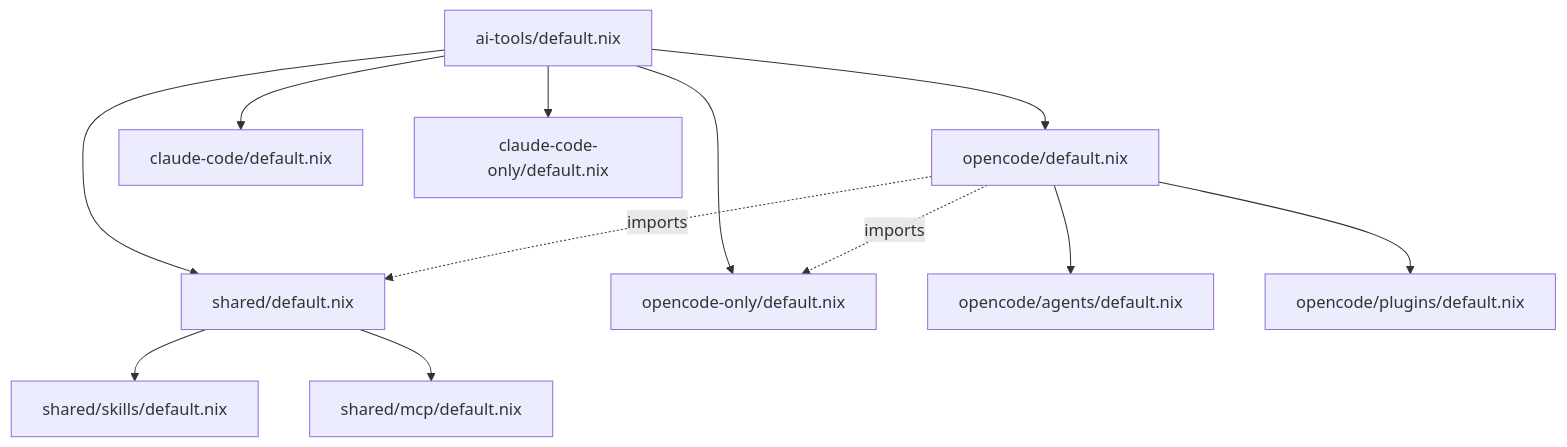
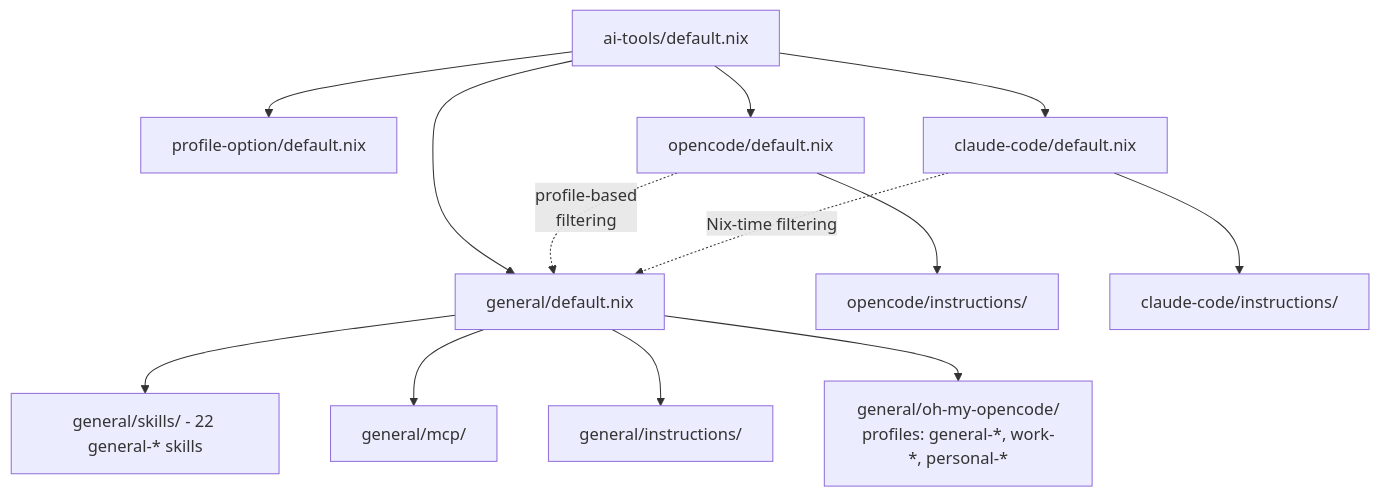
The diagram in modules/home-manager/features/ai-tools/README.md (zhongjis/nix-config), drawn with Mermaid before and after one commit. The commit also changed other lines of this file and 9 other files, not shown here.

First line of the commit message:
chore(ai-tools): remove stale opencode-only import and cleanup

````diff
--- a/modules/home-manager/features/ai-tools/README.md
+++ b/modules/home-manager/features/ai-tools/README.md
@@ -36,16 +44,18 @@
 ```mermaid
 graph TD
-    Root[ai-tools/default.nix] --> Shared[shared/default.nix]
+    Root[ai-tools/default.nix] --> ProfileOpt[profile-option/default.nix]
+    Root --> General[general/default.nix]
     Root --> Opencode[opencode/default.nix]
     Root --> ClaudeCode[claude-code/default.nix]
-    Root --> OpencodeOnly[opencode-only/default.nix]
-    Root --> ClaudeCodeOnly[claude-code-only/default.nix]
 
-    Shared --> Skills[shared/skills/default.nix]
-    Shared --> MCP[shared/mcp/default.nix]
+    General --> Skills[general/skills/ - 22 general-* skills]
+    General --> MCP[general/mcp/]
+    General --> Instructions[general/instructions/]
+    General --> OhMyOpencode["general/oh-my-opencode/<br/>profiles: general-*, work-*, personal-*"]
     
-    Opencode -.->|imports| OpencodeOnly
-    Opencode -.->|imports| Shared
-    Opencode --> Agents[opencode/agents/default.nix]
-    Opencode --> Plugins[opencode/plugins/default.nix]
+    Opencode -.->|profile-based<br/>filtering| General
+    Opencode --> OpencodeInst[opencode/instructions/]
+    
+    ClaudeCode -.->|Nix-time filtering| General
+    ClaudeCode --> ClaudeCodeInst[claude-code/instructions/]
 ```
````
